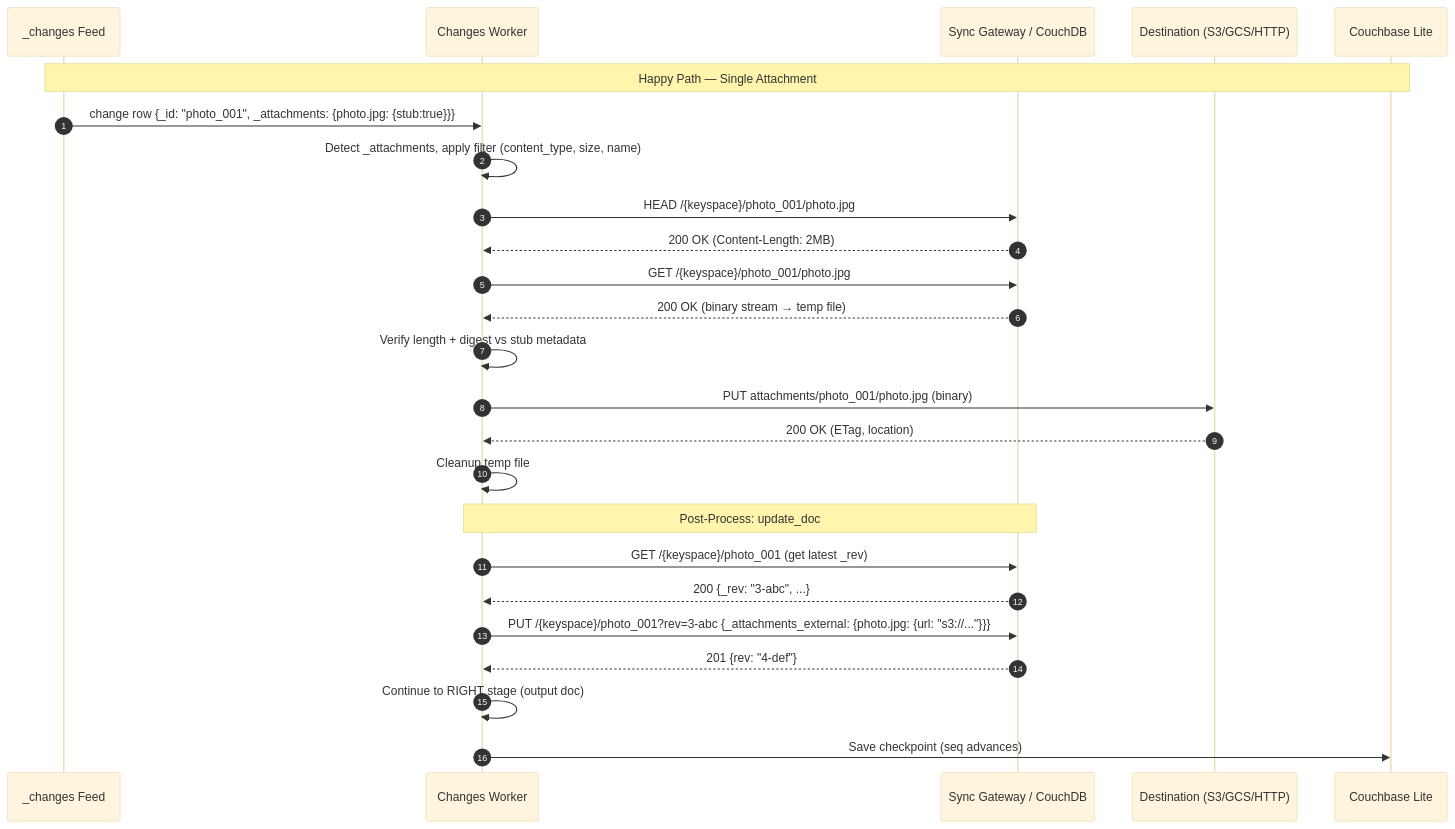
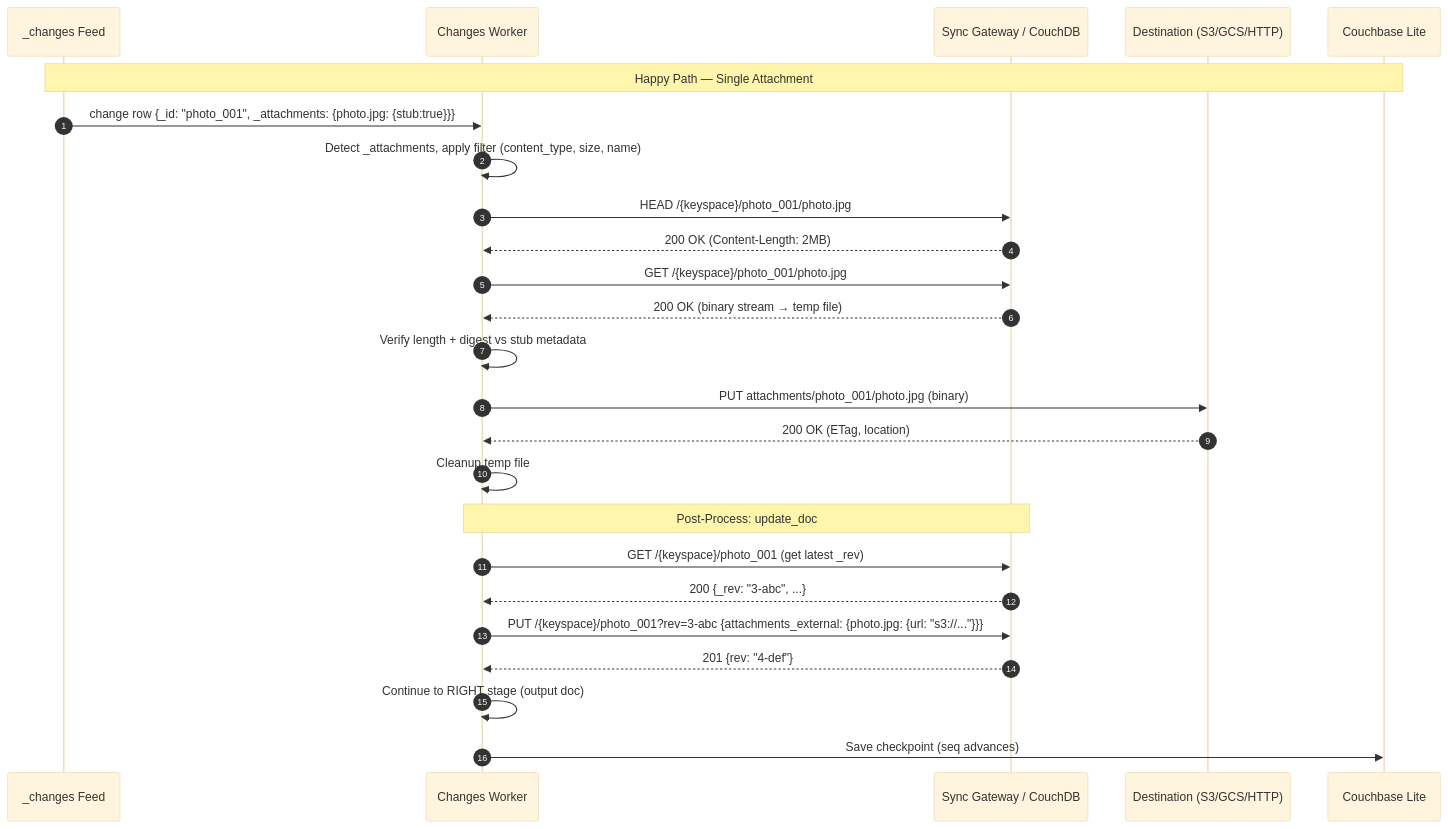
Before and after one commit to Fujio-Turner/change_stream_db: the first of 10 diagrams in docs/ATTACHMENTS.md, drawn with Mermaid (base theme). The commit also changed other lines of this file and 22 other files, not shown here.

````diff
--- a/docs/ATTACHMENTS.md
+++ b/docs/ATTACHMENTS.md
@@ -960,38 +960,38 @@
 ```mermaid
 sequenceDiagram
     autonumber
     participant CF as _changes Feed
     participant W as Changes Worker
     participant SG as Sync Gateway / CouchDB
     participant S3 as Destination (S3/GCS/HTTP)
     participant CBL as Couchbase Lite
 
     Note over CF,CBL: Happy Path — Single Attachment
 
     CF->>W: change row {_id: "photo_001", _attachments: {photo.jpg: {stub:true}}}
     W->>W: Detect _attachments, apply filter (content_type, size, name)
 
     W->>SG: HEAD /{keyspace}/photo_001/photo.jpg
     SG-->>W: 200 OK (Content-Length: 2MB)
 
     W->>SG: GET /{keyspace}/photo_001/photo.jpg
     SG-->>W: 200 OK (binary stream → temp file)
 
     W->>W: Verify length + digest vs stub metadata
 
     W->>S3: PUT attachments/photo_001/photo.jpg (binary)
     S3-->>W: 200 OK (ETag, location)
 
     W->>W: Cleanup temp file
 
     Note over W,SG: Post-Process: update_doc
 
     W->>SG: GET /{keyspace}/photo_001 (get latest _rev)
     SG-->>W: 200 {_rev: "3-abc", ...}
 
-    W->>SG: PUT /{keyspace}/photo_001?rev=3-abc {_attachments_external: {photo.jpg: {url: "s3://..."}}}
+    W->>SG: PUT /{keyspace}/photo_001?rev=3-abc {attachments_external: {photo.jpg: {url: "s3://..."}}}
     SG-->>W: 201 {rev: "4-def"}
 
     W->>W: Continue to RIGHT stage (output doc)
     W->>CBL: Save checkpoint (seq advances)
 ```
````
